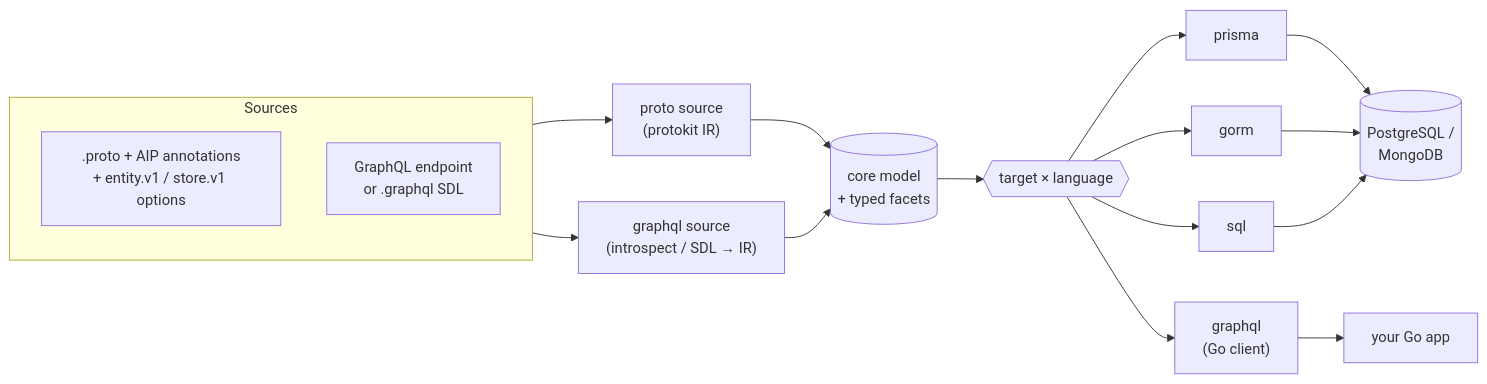
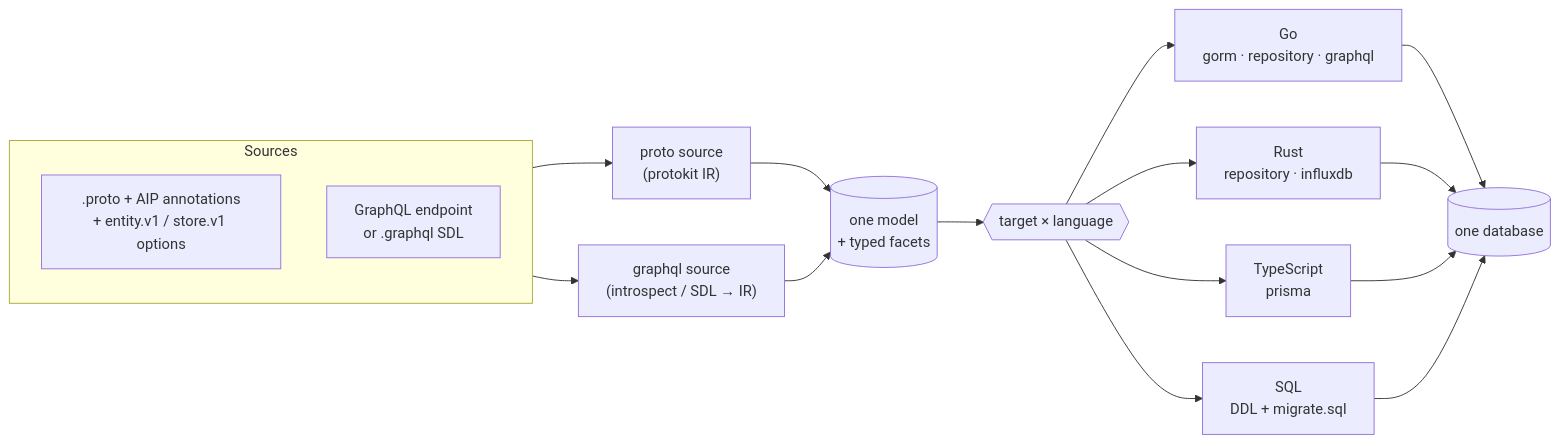
The first of 3 diagrams in README.md (the-protobuf-project/store), drawn with Mermaid before and after one commit. The commit also changed other lines of this file, not shown here.

````diff
--- a/README.md
+++ b/README.md
@@ -114,24 +111,24 @@
 ```mermaid
 flowchart LR
     subgraph Sources
         direction TB
         P[".proto + AIP annotations<br/>+ entity.v1 / store.v1 options"]
         Q["GraphQL endpoint<br/>or .graphql SDL"]
     end
 
     P --> PS["proto source<br/>(protokit IR)"]
     Q --> QS["graphql source<br/>(introspect / SDL → IR)"]
-    PS --> M[("core model<br/>+ typed facets")]
+    PS --> M[("one model<br/>+ typed facets")]
     QS --> M
 
     M --> T{{"target × language"}}
-    T --> PR["prisma"]
-    T --> GO["gorm"]
-    T --> SQL["sql"]
-    T --> GQL["graphql<br/>(Go client)"]
+    T --> GO["Go<br/>gorm · repository · graphql"]
+    T --> RS["Rust<br/>repository · influxdb"]
+    T --> TS["TypeScript<br/>prisma"]
+    T --> SQL["SQL<br/>DDL + migrate.sql"]
 
-    PR --> DB[("PostgreSQL /<br/>MongoDB")]
-    GO --> DB
+    GO --> DB[("one database")]
+    RS --> DB
+    TS --> DB
     SQL --> DB
-    GQL --> APP["your Go app"]
 ```
````
